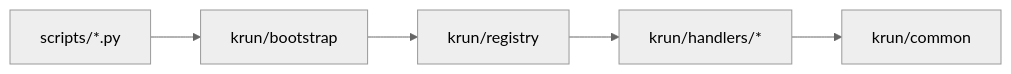
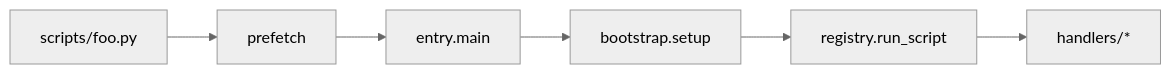
Before and after one commit to kevin197011/krun: the diagram in lib/py/README.md, drawn with Mermaid (neutral theme). The commit also changed other lines of this file and 198 other files, not shown here.

````diff
--- a/lib/py/README.md
+++ b/lib/py/README.md
@@ -22,7 +18,8 @@
 ```mermaid
 flowchart LR
-    scripts["scripts/*.py"] --> bootstrap["krun/bootstrap"]
-    bootstrap --> registry["krun/registry"]
-    registry --> handlers["krun/handlers/*"]
-    handlers --> common["krun/common"]
+    S["scripts/foo.py"] --> P["prefetch"]
+    P --> E["entry.main"]
+    E --> B["bootstrap.setup"]
+    B --> R["registry.run_script"]
+    R --> H["handlers/*"]
 ```
````
